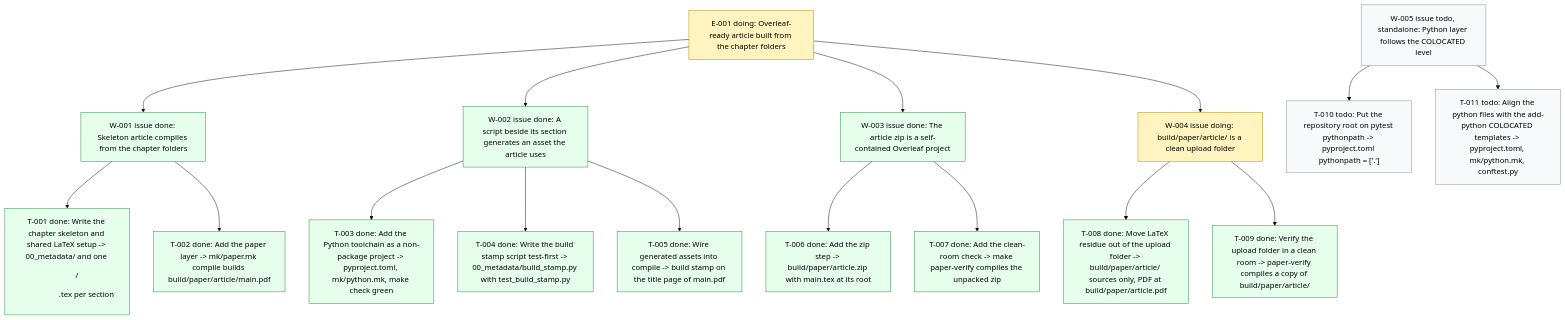
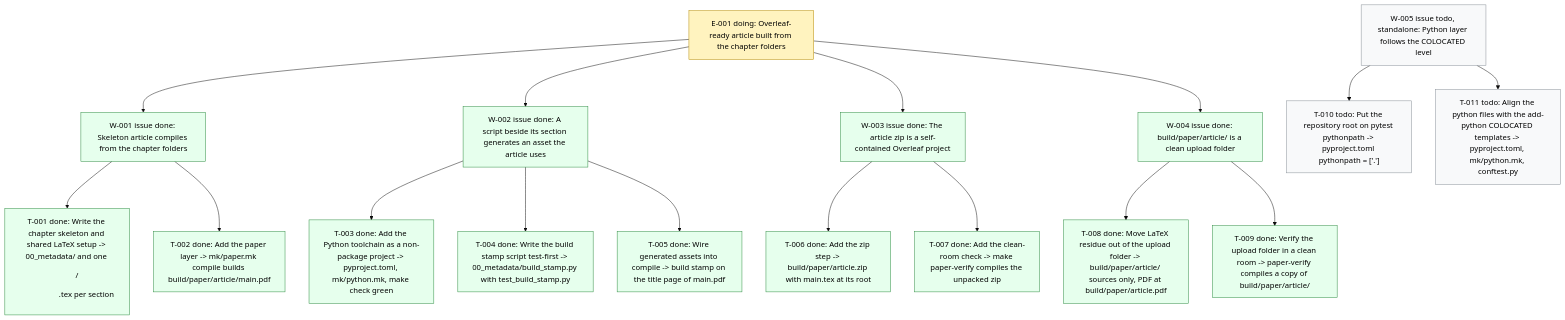
One commit to dpopchev/surrogate-models changed the diagram in .board/BOARD.md. Above: the diagram before and after it, drawn with Mermaid (base theme). The commit also changed other lines of this file and 1 other file, not shown here.

Commit message:
chore: close W-004 on the board
Refs: W-004

````diff
--- a/.board/BOARD.md
+++ b/.board/BOARD.md
@@ -36,28 +36,28 @@
 ```mermaid
 flowchart TD
   E001["E-001 doing: Overleaf-ready article built from the chapter folders"]
   E001 --> W001["W-001 issue done: Skeleton article compiles from the chapter folders"]
   W001 --> T001["T-001 done: Write the chapter skeleton and shared LaTeX setup -> 00_metadata/ and one <dir>/<dir>.tex per section"]
   W001 --> T002["T-002 done: Add the paper layer -> mk/paper.mk compile builds build/paper/article/main.pdf"]
   E001 --> W002["W-002 issue done: A script beside its section generates an asset the article uses"]
   W002 --> T003["T-003 done: Add the Python toolchain as a non-package project -> pyproject.toml, mk/python.mk, make check green"]
   W002 --> T004["T-004 done: Write the build stamp script test-first -> 00_metadata/build_stamp.py with test_build_stamp.py"]
   W002 --> T005["T-005 done: Wire generated assets into compile -> build stamp on the title page of main.pdf"]
   E001 --> W003["W-003 issue done: The article zip is a self-contained Overleaf project"]
   W003 --> T006["T-006 done: Add the zip step -> build/paper/article.zip with main.tex at its root"]
   W003 --> T007["T-007 done: Add the clean-room check -> make paper-verify compiles the unpacked zip"]
-  E001 --> W004["W-004 issue doing: build/paper/article/ is a clean upload folder"]
+  E001 --> W004["W-004 issue done: build/paper/article/ is a clean upload folder"]
   W004 --> T008["T-008 done: Move LaTeX residue out of the upload folder -> build/paper/article/ sources only, PDF at build/paper/article.pdf"]
   W004 --> T009["T-009 done: Verify the upload folder in a clean room -> paper-verify compiles a copy of build/paper/article/"]
   W005["W-005 issue todo, standalone: Python layer follows the COLOCATED level"]
   W005 --> T010["T-010 todo: Put the repository root on pytest pythonpath -> pyproject.toml pythonpath = ['.']"]
   W005 --> T011["T-011 todo: Align the python files with the add-python COLOCATED templates -> pyproject.toml, mk/python.mk, conftest.py"]
   classDef doing fill:#fff3bf,stroke:#b58900,color:#000;
   classDef blocked fill:#ffe3e3,stroke:#c92a2a,color:#000;
   classDef done fill:#e6ffed,stroke:#2b8a3e,color:#000;
   classDef todo fill:#f8f9fa,stroke:#868e96,color:#000;
   classDef pruned fill:#f1f3f5,stroke:#adb5bd,color:#000;
-  class E001,W004 doing
-  class W001,T001,T002,W002,T003,T004,T005,W003,T006,T007,T008,T009 done
+  class E001 doing
+  class W001,T001,T002,W002,T003,T004,T005,W003,T006,T007,W004,T008,T009 done
   class W005,T010,T011 todo
 ```
````
